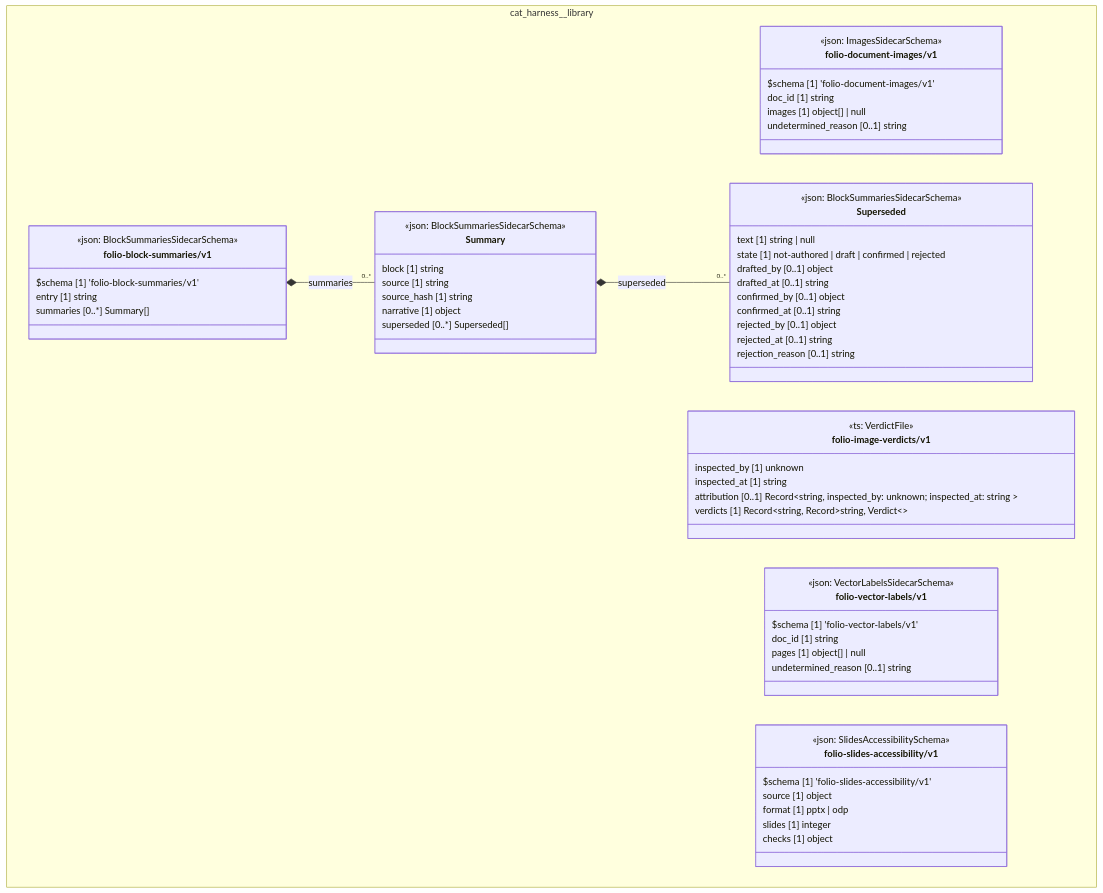
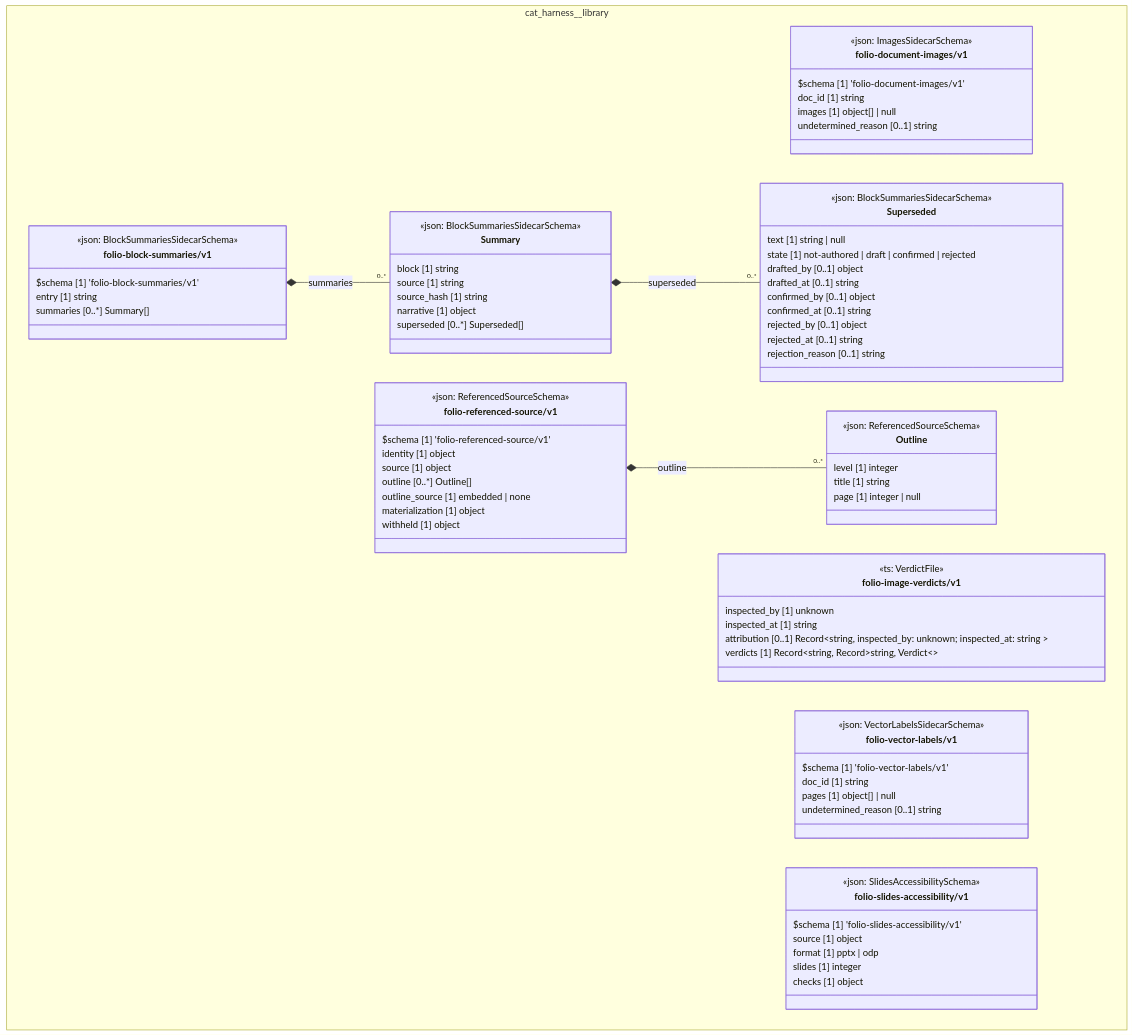
Before and after one commit to litlfred/folio-assistant: the diagram in cat-harness/uml/overview/cat-harness/library.mmd, drawn with Mermaid. The commit also changed 78 other files, not shown here.

```diff
--- a/cat-harness/uml/overview/cat-harness/library.mmd
+++ b/cat-harness/uml/overview/cat-harness/library.mmd
@@ -1,68 +1,87 @@
 classDiagram
   direction TB
   namespace cat_harness__library {
     class cat_harness_library_folio_document_images_v1_folio_document_images_v1["folio-document-images/v1"] {
       <<json: ImagesSidecarSchema>>
       $schema [1] 'folio-document-images/v1'
       doc_id [1] string
       images [1] object[] | null
       undetermined_reason [0..1] string
     }
     class cat_harness_library_folio_image_verdicts_v1["folio-image-verdicts/v1"] {
       <<ts: VerdictFile>>
       inspected_by [1] unknown
       inspected_at [1] string
       attribution [0..1] Record~string,  inspected_by: unknown; inspected_at: string ~
       verdicts [1] Record~string, Record~string, Verdict~~
     }
     class cat_harness_library_folio_vector_labels_v1_folio_vector_labels_v1["folio-vector-labels/v1"] {
       <<json: VectorLabelsSidecarSchema>>
       $schema [1] 'folio-vector-labels/v1'
       doc_id [1] string
       pages [1] object[] | null
       undetermined_reason [0..1] string
     }
     class cat_harness_library_folio_block_summaries_v1_Superseded["Superseded"] {
       <<json: BlockSummariesSidecarSchema>>
       text [1] string | null
       state [1] not-authored | draft | confirmed | rejected
       drafted_by [0..1] object
       drafted_at [0..1] string
       confirmed_by [0..1] object
       confirmed_at [0..1] string
       rejected_by [0..1] object
       rejected_at [0..1] string
       rejection_reason [0..1] string
     }
     class cat_harness_library_folio_block_summaries_v1_Summary["Summary"] {
       <<json: BlockSummariesSidecarSchema>>
       block [1] string
       source [1] string
       source_hash [1] string
       narrative [1] object
       superseded [0..*] Superseded[]
     }
     class cat_harness_library_folio_block_summaries_v1_folio_block_summaries_v1["folio-block-summaries/v1"] {
       <<json: BlockSummariesSidecarSchema>>
       $schema [1] 'folio-block-summaries/v1'
       entry [1] string
       summaries [0..*] Summary[]
     }
     class cat_harness_library_folio_slides_accessibility_v1_folio_slides_accessibility_v1["folio-slides-accessibility/v1"] {
       <<json: SlidesAccessibilitySchema>>
       $schema [1] 'folio-slides-accessibility/v1'
       source [1] object
       format [1] pptx | odp
       slides [1] integer
       checks [1] object
     }
+    class cat_harness_library_folio_referenced_source_v1_Outline["Outline"] {
+      <<json: ReferencedSourceSchema>>
+      level [1] integer
+      title [1] string
+      page [1] integer | null
+    }
+    class cat_harness_library_folio_referenced_source_v1_folio_referenced_source_v1["folio-referenced-source/v1"] {
+      <<json: ReferencedSourceSchema>>
+      $schema [1] 'folio-referenced-source/v1'
+      identity [1] object
+      source [1] object
+      outline [0..*] Outline[]
+      outline_source [1] embedded | none
+      materialization [1] object
+      withheld [1] object
+    }
   }
   cat_harness_library_folio_block_summaries_v1_Summary *-- "0..*" cat_harness_library_folio_block_summaries_v1_Superseded : superseded
   cat_harness_library_folio_block_summaries_v1_folio_block_summaries_v1 *-- "0..*" cat_harness_library_folio_block_summaries_v1_Summary : summaries
+  cat_harness_library_folio_referenced_source_v1_folio_referenced_source_v1 *-- "0..*" cat_harness_library_folio_referenced_source_v1_Outline : outline
   cssClass "cat_harness_library_folio_document_images_v1_folio_document_images_v1" fa_uml_kind_library
   cssClass "cat_harness_library_folio_image_verdicts_v1" fa_uml_kind_library
   cssClass "cat_harness_library_folio_vector_labels_v1_folio_vector_labels_v1" fa_uml_kind_library
   cssClass "cat_harness_library_folio_block_summaries_v1_Superseded" fa_uml_kind_library
   cssClass "cat_harness_library_folio_block_summaries_v1_Summary" fa_uml_kind_library
   cssClass "cat_harness_library_folio_block_summaries_v1_folio_block_summaries_v1" fa_uml_kind_library
   cssClass "cat_harness_library_folio_slides_accessibility_v1_folio_slides_accessibility_v1" fa_uml_kind_library
+  cssClass "cat_harness_library_folio_referenced_source_v1_Outline" fa_uml_kind_library
+  cssClass "cat_harness_library_folio_referenced_source_v1_folio_referenced_source_v1" fa_uml_kind_library
```
